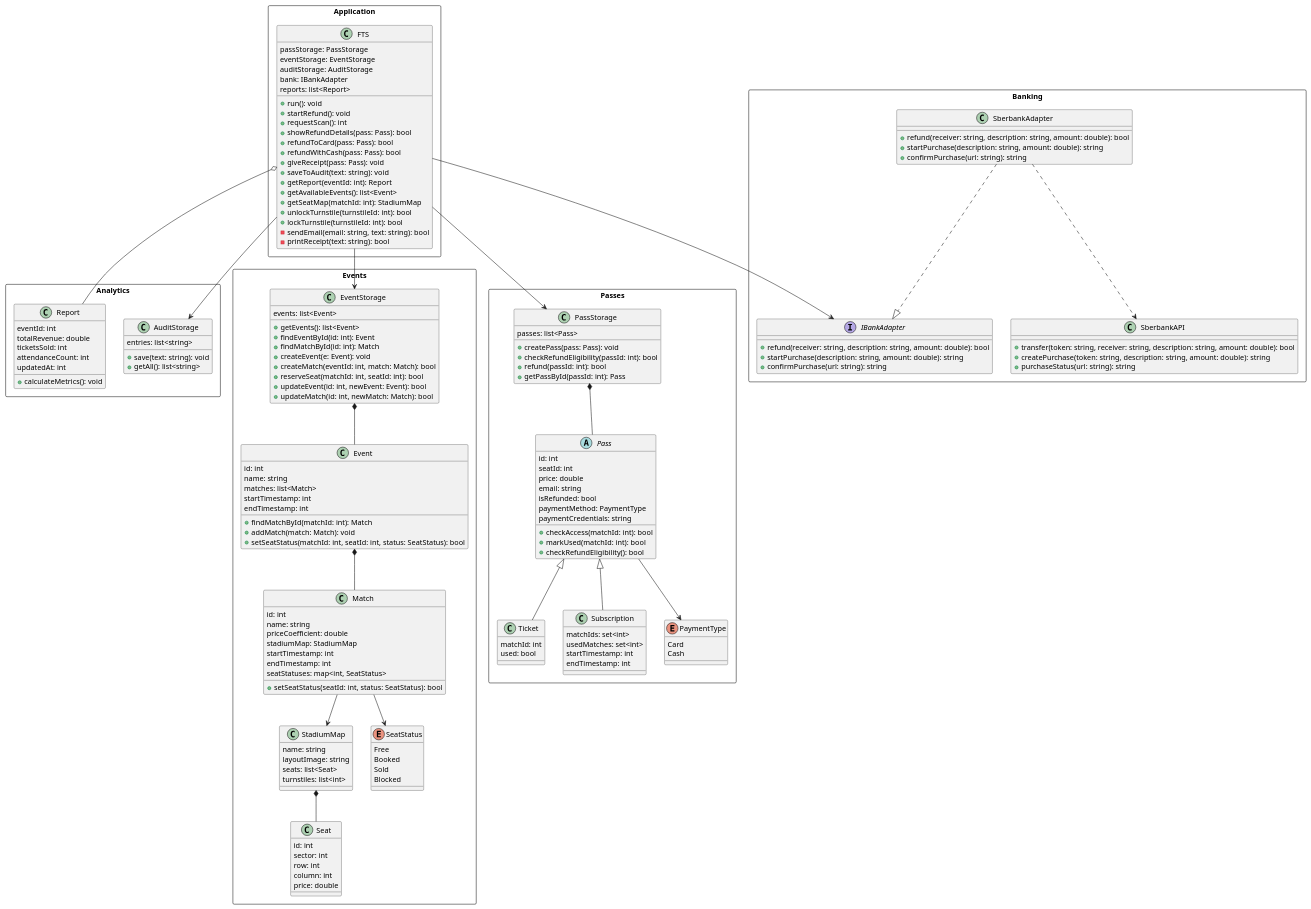
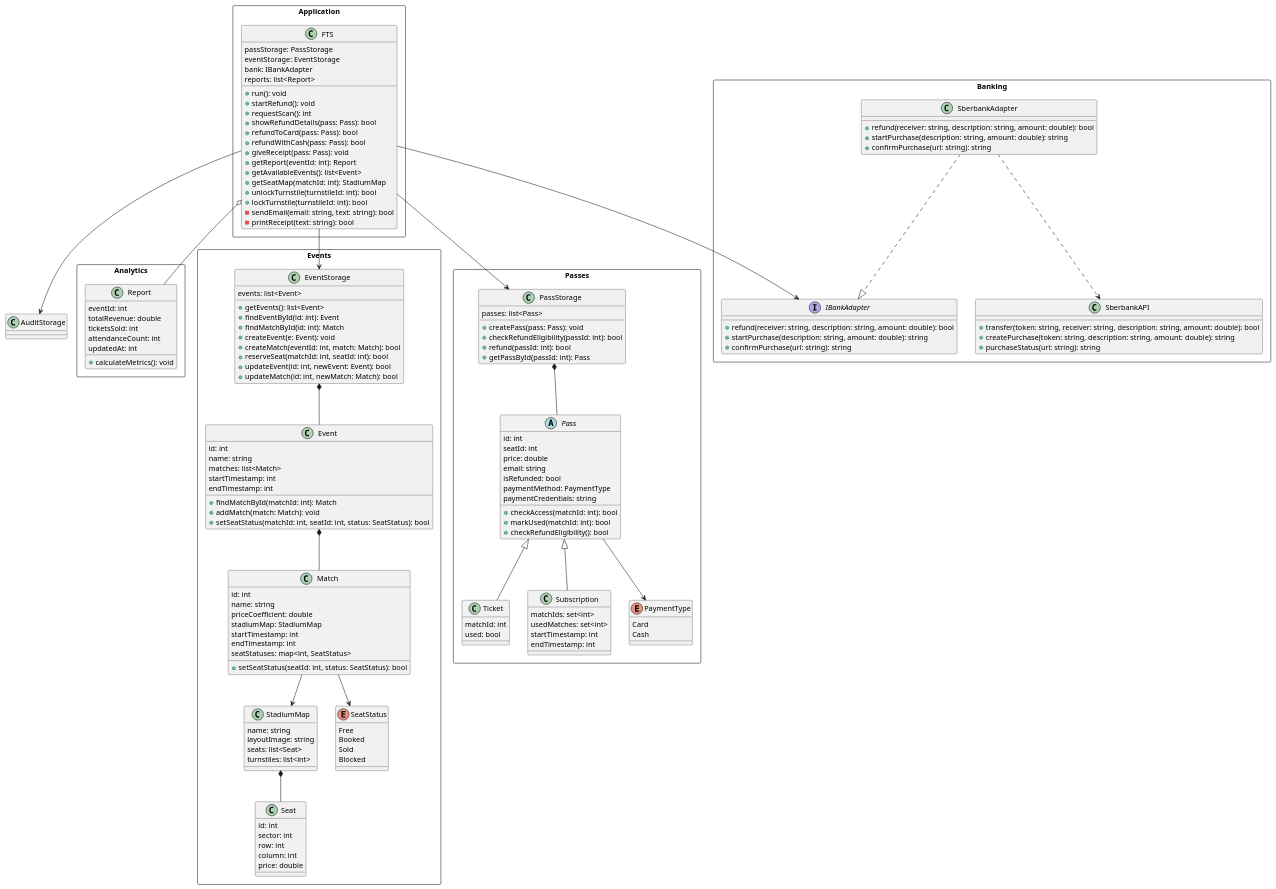
Before and after one commit to penamarth/bsbo-11-24_team5_var10_football: the diagram in Диаграмма Классов.md, drawn with PlantUML. The commit also changed 4 other files, not shown here.

````diff
--- a/Диаграмма Классов.md
+++ b/Диаграмма Классов.md
@@ -3,12 +3,6 @@
 ```plantuml
 @startuml
 rectangle "Analytics" {
-	class AuditStorage {
-		entries: list<string>
-		+ save(text: string): void
-		+ getAll(): list<string>
-	}
-
 	class Report {
 		eventId: int
 		totalRevenue: double
@@ -142,7 +136,6 @@
 	class FTS {
 		passStorage: PassStorage
 		eventStorage: EventStorage
-		auditStorage: AuditStorage
 		bank: IBankAdapter
 		reports: list<Report>
 		+ run(): void
@@ -152,7 +145,6 @@
 		+ refundToCard(pass: Pass): bool
 		+ refundWithCash(pass: Pass): bool
 		+ giveReceipt(pass: Pass): void
-		+ saveToAudit(text: string): void
 		+ getReport(eventId: int): Report
 		+ getAvailableEvents(): list<Event>
 		+ getSeatMap(matchId: int): StadiumMap
````
